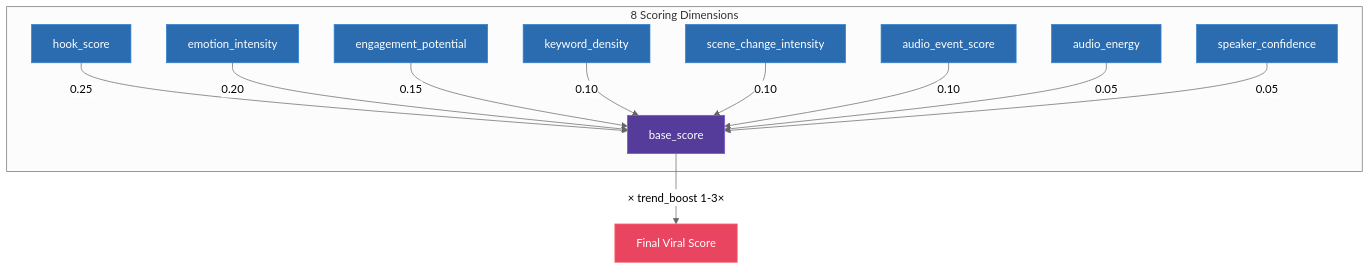
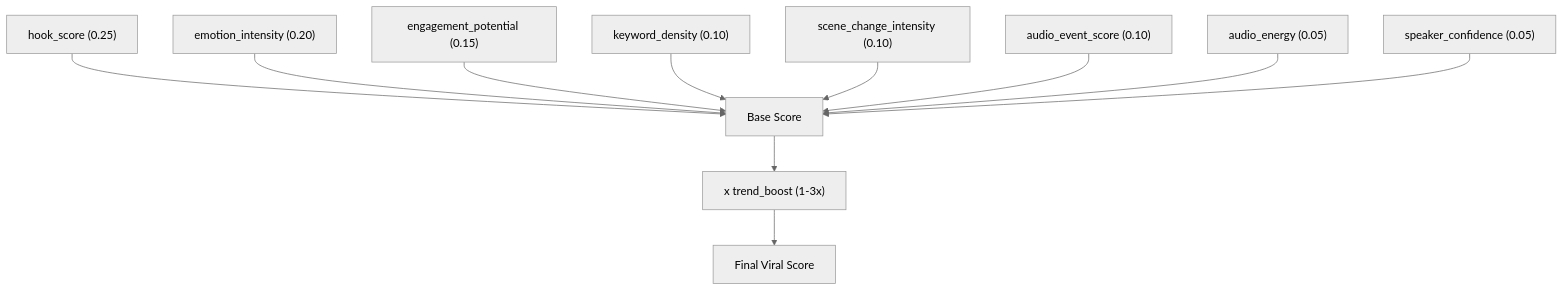
The third of 3 diagrams in README.md (CipherCosmos/ClipForge), drawn with Mermaid (neutral theme) before and after one commit. The commit also changed other lines of this file, not shown here.

Commit message:
fix mermaid syntax for github rendering

````diff
--- a/README.md
+++ b/README.md
@@ -140,26 +117,13 @@
 ```mermaid
-graph TD
-    subgraph Dimensions["8 Scoring Dimensions"]
-        H[hook_score] -->|0.25| FINAL
-        E[emotion_intensity] -->|0.20| FINAL
-        EN[engagement_potential] -->|0.15| FINAL
-        K[keyword_density] -->|0.10| FINAL
-        SC[scene_change_intensity] -->|0.10| FINAL
-        AE[audio_event_score] -->|0.10| FINAL
-        AEG[audio_energy] -->|0.05| FINAL
-        SP[speaker_confidence] -->|0.05| FINAL
-    end
-
-    FINAL[base_score] -->|× trend_boost 1-3×| FINAL_SCORE[Final Viral Score]
-
-    style FINAL fill:#553c9a,stroke:#805ad5,color:#fff
-    style FINAL_SCORE fill:#e94560,stroke:#ff6b6b,color:#fff
-    style H fill:#2b6cb0,stroke:#3182ce,color:#fff
-    style E fill:#2b6cb0,stroke:#3182ce,color:#fff
-    style EN fill:#2b6cb0,stroke:#3182ce,color:#fff
-    style K fill:#2b6cb0,stroke:#3182ce,color:#fff
-    style SC fill:#2b6cb0,stroke:#3182ce,color:#fff
-    style AE fill:#2b6cb0,stroke:#3182ce,color:#fff
-    style AEG fill:#2b6cb0,stroke:#3182ce,color:#fff
-    style SP fill:#2b6cb0,stroke:#3182ce,color:#fff
+flowchart TD
+    H["hook_score (0.25)"] --> FINAL
+    E["emotion_intensity (0.20)"] --> FINAL
+    EN["engagement_potential (0.15)"] --> FINAL
+    K["keyword_density (0.10)"] --> FINAL
+    SC["scene_change_intensity (0.10)"] --> FINAL
+    AE["audio_event_score (0.10)"] --> FINAL
+    AEG["audio_energy (0.05)"] --> FINAL
+    SP["speaker_confidence (0.05)"] --> FINAL
+    FINAL["Base Score"] --> BOOST["x trend_boost (1-3x)"]
+    BOOST --> RESULT["Final Viral Score"]
 ```
````
